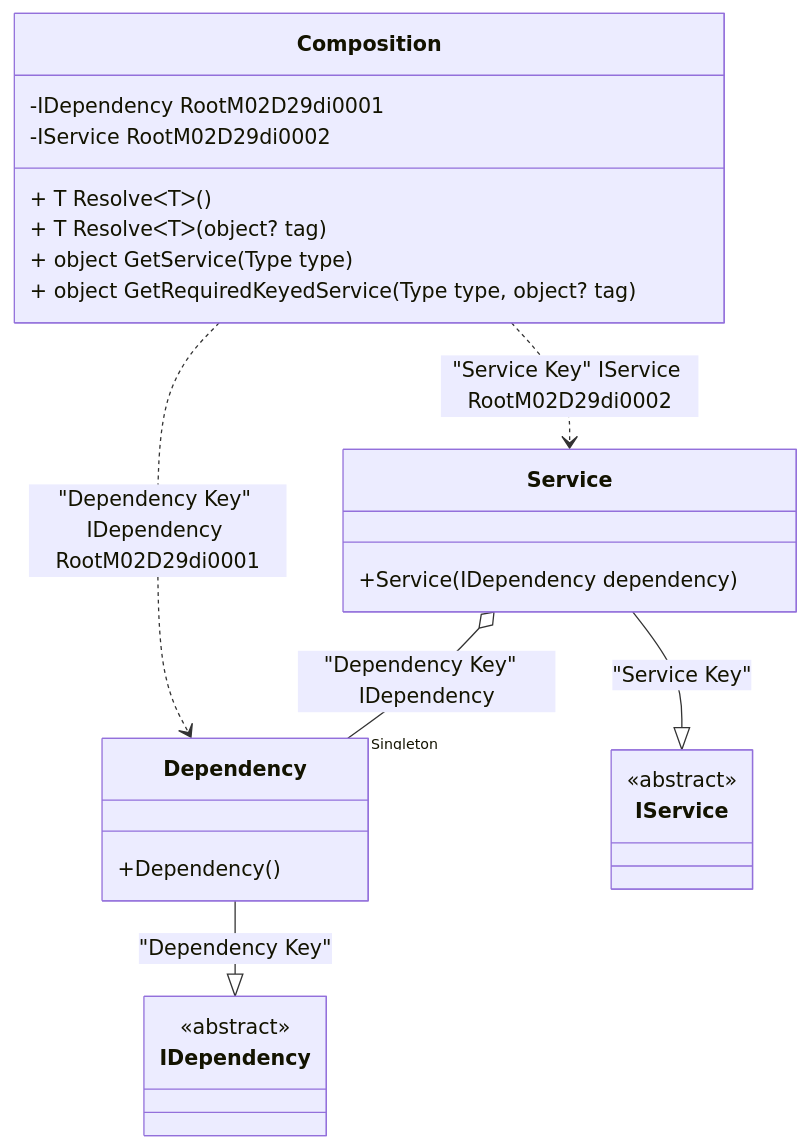
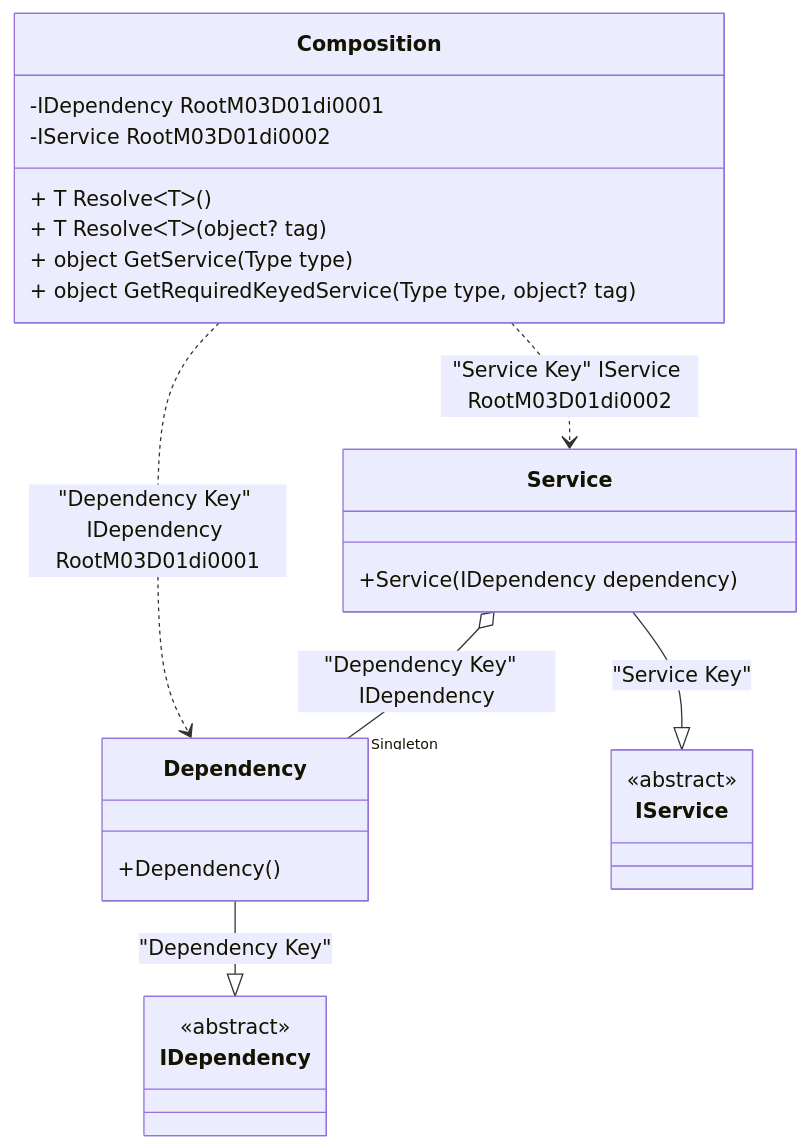
The diagram in readme/keyed-service-provider.md (DevTeam/Pure.DI), drawn with Mermaid before and after one commit. The commit also changed 36 other files, not shown here.

````diff
--- a/readme/keyed-service-provider.md
+++ b/readme/keyed-service-provider.md
@@ -50,28 +50,28 @@
 ```mermaid
 classDiagram
   class Composition {
-    -IDependency RootM02D29di0001
-    -IService RootM02D29di0002
+    -IDependency RootM03D01di0001
+    -IService RootM03D01di0002
     + T ResolveᐸTᐳ()
     + T ResolveᐸTᐳ(object? tag)
     + object GetService(Type type)
     + object GetRequiredKeyedService(Type type, object? tag)
   }
   Dependency --|> IDependency : "Dependency Key" 
   class Dependency {
     +Dependency()
   }
   Service --|> IService : "Service Key" 
   class Service {
     +Service(IDependency dependency)
   }
   class IDependency {
     <<abstract>>
   }
   class IService {
     <<abstract>>
   }
   Service o--  "Singleton" Dependency : "Dependency Key"  IDependency
-  Composition ..> Dependency : "Dependency Key" IDependency RootM02D29di0001
-  Composition ..> Service : "Service Key" IService RootM02D29di0002
+  Composition ..> Dependency : "Dependency Key" IDependency RootM03D01di0001
+  Composition ..> Service : "Service Key" IService RootM03D01di0002
 ```
````
